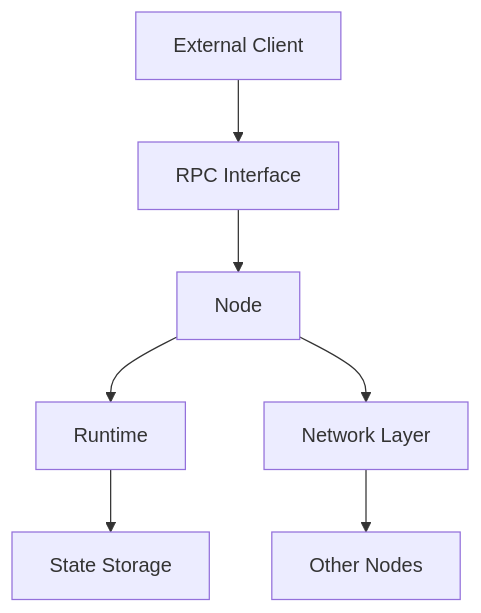
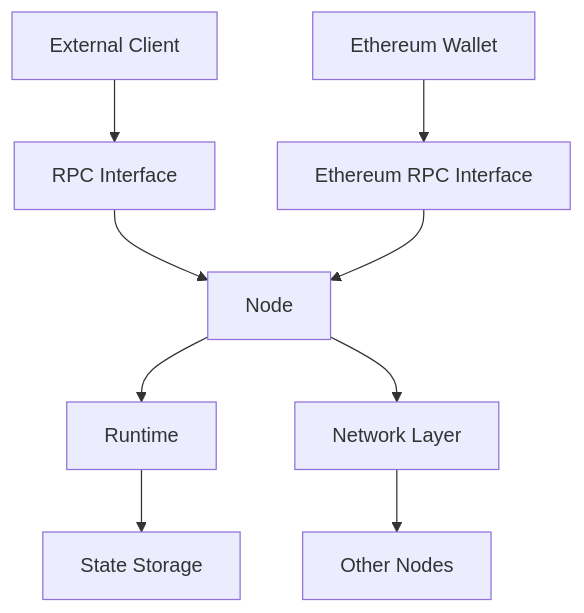
The diagram in docs/architecture/ARCHITECTURE.md (DemocracyEarth/ubi.chain), drawn with Mermaid before and after one commit. The commit also changed other lines of this file and 3 other files, not shown here.

````diff
--- a/docs/architecture/ARCHITECTURE.md
+++ b/docs/architecture/ARCHITECTURE.md
@@ -31,9 +34,11 @@
 ```mermaid
 graph TD
     A[External Client] --> B[RPC Interface]
+    A2[Ethereum Wallet] --> B2[Ethereum RPC Interface]
     B --> C[Node]
+    B2 --> C
     C --> D[Runtime]
     D --> E[State Storage]
     C --> F[Network Layer]
     F --> G[Other Nodes]
 ```
````
